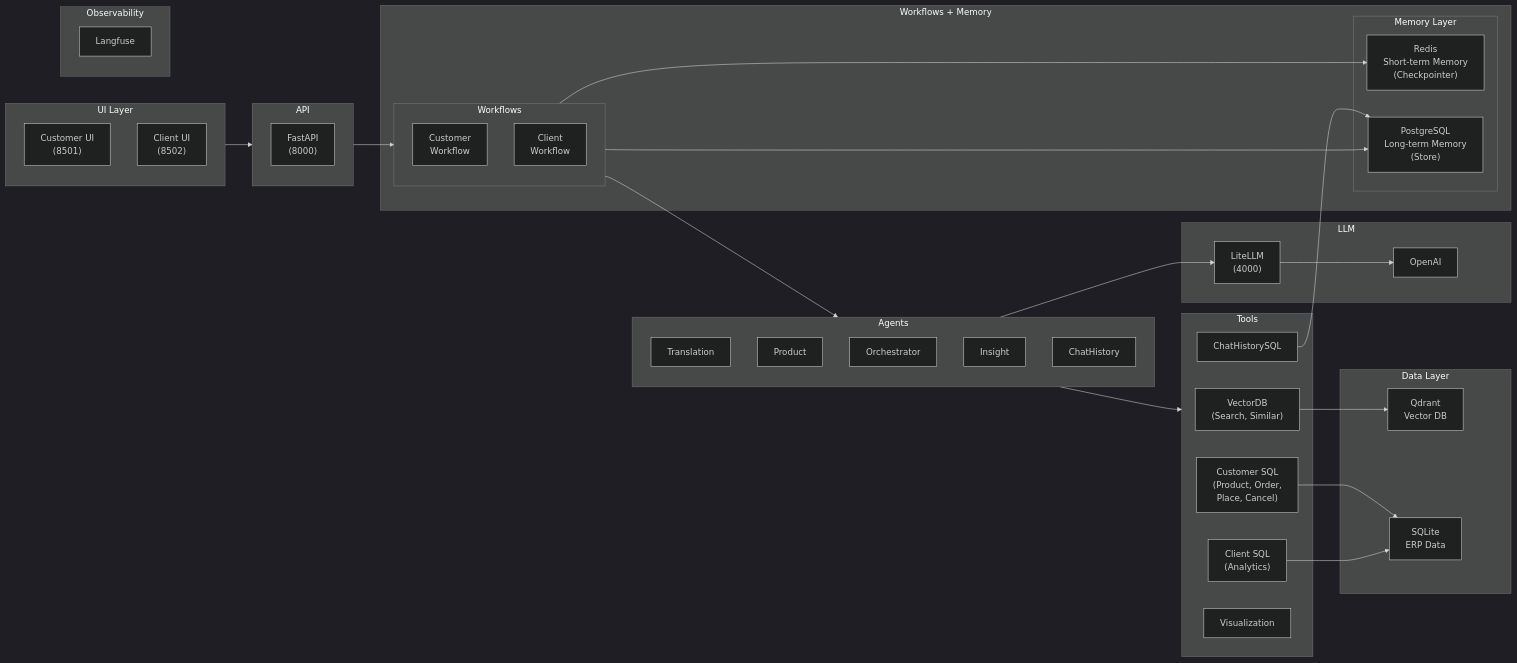
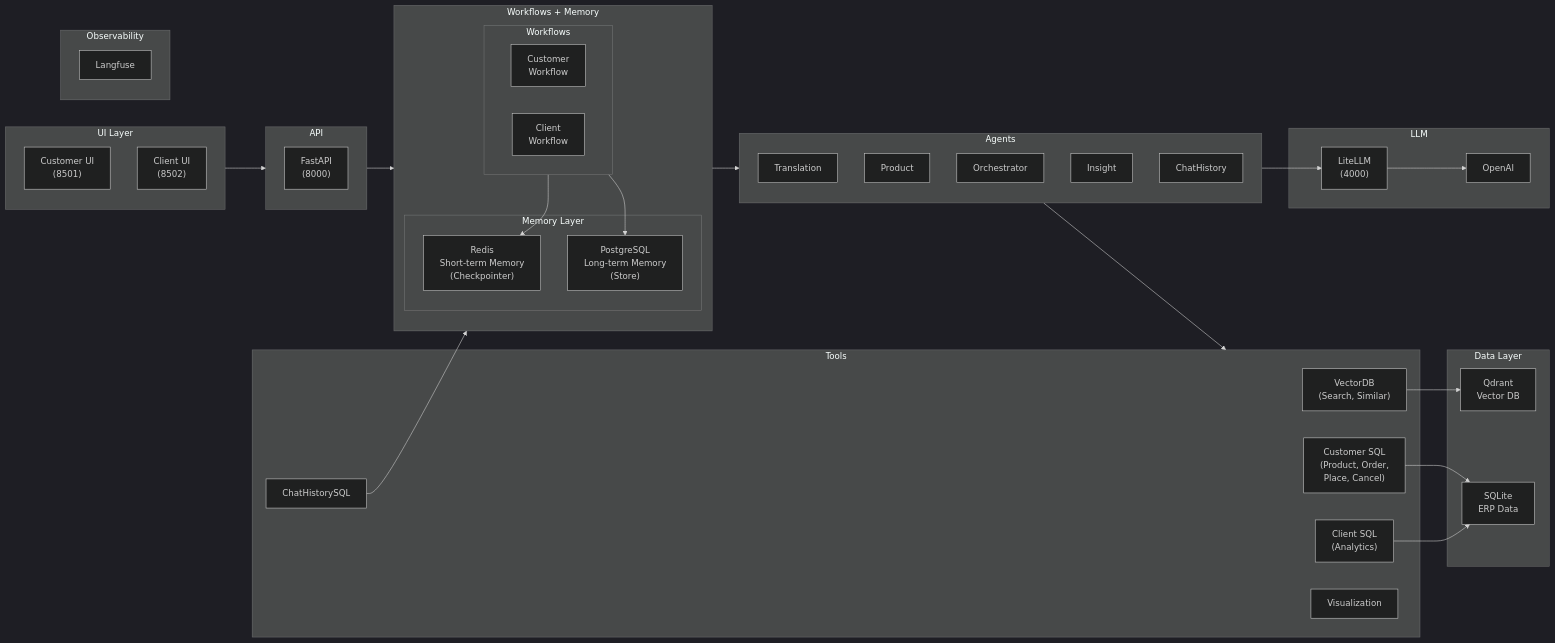
One commit to mhokchuekchuek/mtl_agent changed the diagram in docs/assets/diagrams/misc/README_1.mmd. Above: the diagram before and after it, drawn with Mermaid (dark theme). The commit also changed 1 other file, not shown here.

Commit message:
docs: update architecture diagram

```diff
--- a/docs/assets/diagrams/misc/README_1.mmd
+++ b/docs/assets/diagrams/misc/README_1.mmd
@@ -1,59 +1,61 @@
 flowchart LR
     subgraph UI["UI Layer"]
         CustomerUI["Customer UI<br/>(8501)"]
         ClientUI["Client UI<br/>(8502)"]
     end
 
     subgraph API["API"]
         FastAPI["FastAPI<br/>(8000)"]
     end
 
     subgraph WF_Memory["Workflows + Memory"]
+        direction TB
         subgraph Workflows["Workflows"]
             CustomerWF["Customer<br/>Workflow"]
             ClientWF["Client<br/>Workflow"]
         end
         subgraph Memory["Memory Layer"]
             Redis["Redis<br/>Short-term Memory<br/>(Checkpointer)"]
             Postgres["PostgreSQL<br/>Long-term Memory<br/>(Store)"]
         end
+        Workflows ~~~ Memory
     end
 
     subgraph Agents["Agents"]
         Translation["Translation"]
         Product["Product"]
         Orchestrator["Orchestrator"]
         Insight["Insight"]
         ChatHistoryAgent["ChatHistory"]
     end
 
     subgraph Tools["Tools"]
         VectorTools["VectorDB<br/>(Search, Similar)"]
         CustomerSQL["Customer SQL<br/>(Product, Order,<br/>Place, Cancel)"]
         ClientSQL["Client SQL<br/>(Analytics)"]
         ChatHistorySQL["ChatHistorySQL"]
         Viz["Visualization"]
     end
 
     subgraph LLM["LLM"]
         LiteLLM["LiteLLM<br/>(4000)"]
         OpenAI["OpenAI"]
     end
 
     subgraph Data["Data Layer"]
         Qdrant["Qdrant<br/>Vector DB"]
         SQLite["SQLite<br/>ERP Data"]
     end
 
     subgraph Obs["Observability"]
         Langfuse["Langfuse"]
     end
 
     UI --> API --> Workflows --> Agents --> Tools
     Agents --> LiteLLM --> OpenAI
     VectorTools --> Qdrant
     CustomerSQL --> SQLite
     ClientSQL --> SQLite
     Workflows --> Redis
     Workflows --> Postgres
     ChatHistorySQL --> Postgres
```
